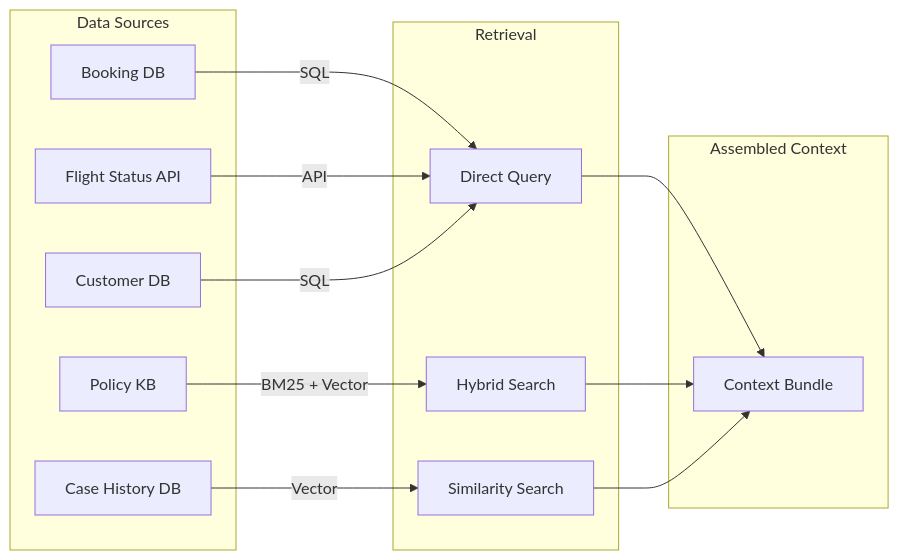
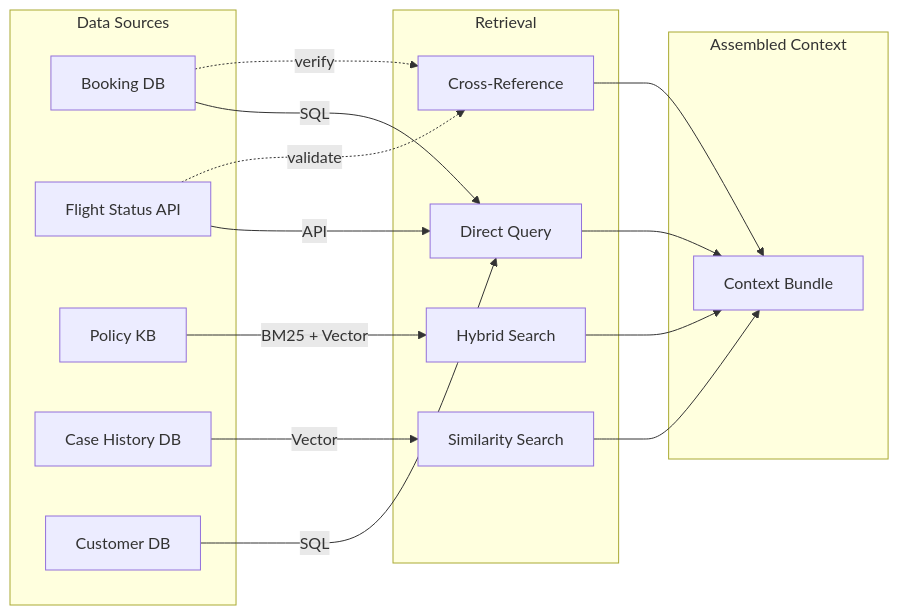
Before and after one commit to slinky-daxie/kiwi: the third of 5 diagrams in design/system-design.md, drawn with Mermaid. The commit also changed other lines of this file, not shown here.

First line of the commit message:
Sync system-design.md with updated agentic flow architecture

````diff
--- a/design/system-design.md
+++ b/design/system-design.md
@@ -276,29 +294,33 @@
 ```mermaid
 flowchart LR
     subgraph sources [Data Sources]
         S1[Booking DB]
         S2[Flight Status API]
         S3[Policy KB]
         S4[Case History DB]
         S5[Customer DB]
     end
     
     subgraph retrieval [Retrieval]
         R1[Direct Query]
         R2[Hybrid Search]
         R3[Similarity Search]
+        R4[Cross-Reference]
     end
     
     subgraph output [Assembled Context]
         O1[Context Bundle]
     end
     
     S1 -->|SQL| R1
     S2 -->|API| R1
     S5 -->|SQL| R1
     S3 -->|BM25 + Vector| R2
     S4 -->|Vector| R3
+    S1 -.verify.-> R4
+    S2 -.validate.-> R4
     R1 --> O1
     R2 --> O1
     R3 --> O1
+    R4 --> O1
 ```
````
